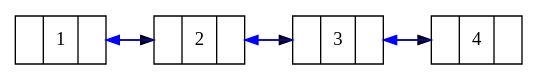
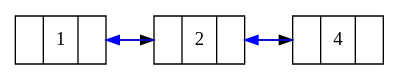
The diagram in Estructuras de Datos/lista_doble.dot (FranklinONP/Taller-Estrucutas-de-Datos), drawn with Graphviz before and after one commit. The commit also changed 8 other files, not shown here.

```diff
--- a/Estructuras de Datos/lista_doble.dot
+++ b/Estructuras de Datos/lista_doble.dot
@@ -1,14 +1,11 @@
 digraph Lista_Doble {
     rankdir=LR;
     node [shape=record];
     nodo0 [label="{<ant> | 1 | <sig>}"];
     nodo1 [label="{<ant> | 2 | <sig>}"];
-    nodo2 [label="{<ant> | 3 | <sig>}"];
-    nodo3 [label="{<ant> | 4 | <sig>}"];
+    nodo2 [label="{<ant> | 4 | <sig>}"];
     nodo0:sig -> nodo1:ant;
     nodo1:sig -> nodo2:ant;
-    nodo2:sig -> nodo3:ant;
     nodo1:ant -> nodo0:sig [color=blue];
     nodo2:ant -> nodo1:sig [color=blue];
-    nodo3:ant -> nodo2:sig [color=blue];
 }
```
